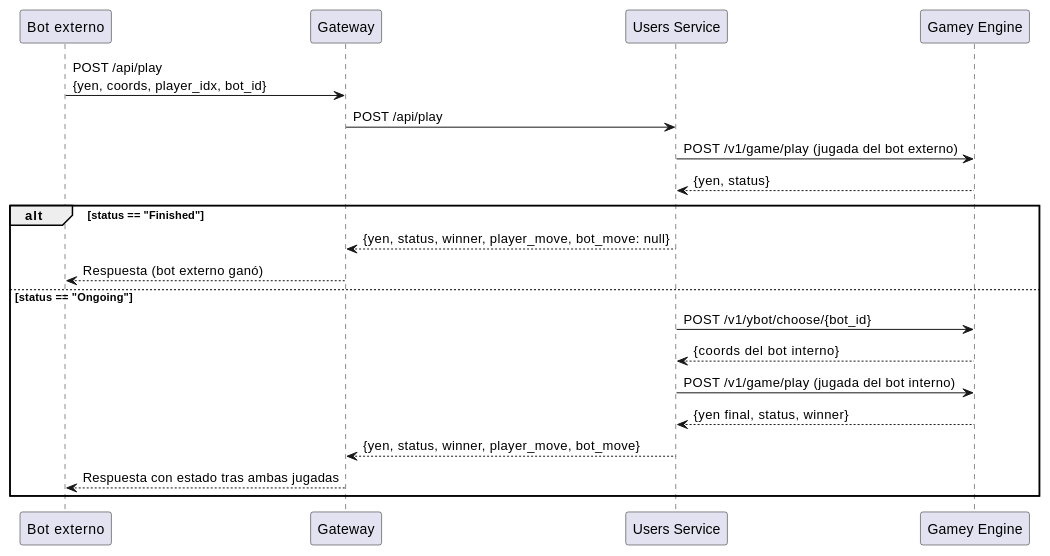
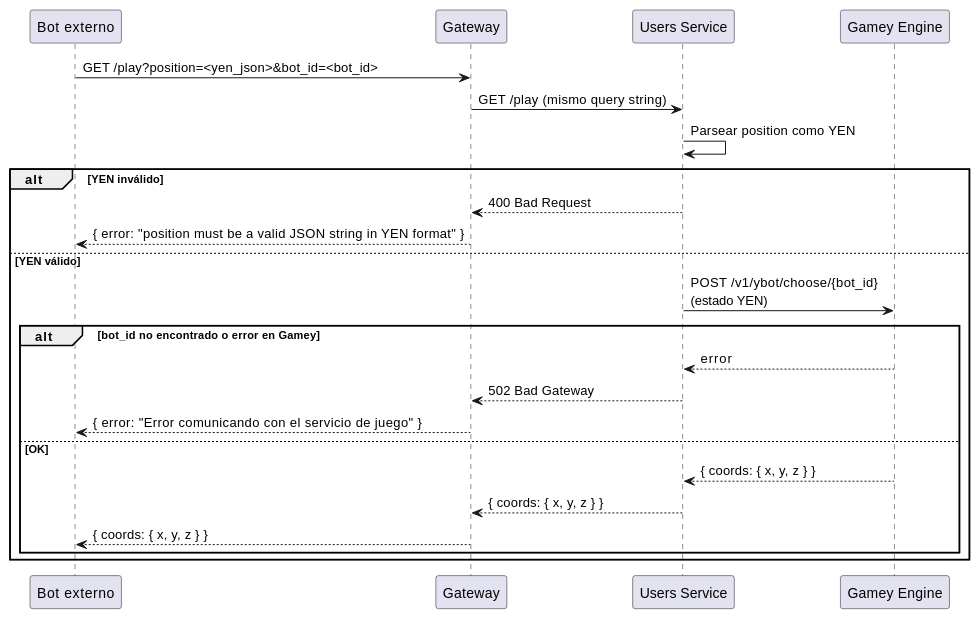
One commit to Arquisoft/yovi_es4c changed the eighth of 8 diagrams in docs/src/06_runtime_view.adoc. Above: the diagram before and after it, drawn with PlantUML. The commit also changed other lines of this file and 10 other files, not shown here.

```diff
--- a/docs/src/06_runtime_view.adoc
+++ b/docs/src/06_runtime_view.adoc
@@ -245,25 +245,27 @@
 [plantuml,"Bot vs Bot",png]
 ----
 participant "Bot externo" as Bot
 participant "Gateway" as GW
 participant "Users Service" as US
 participant "Gamey Engine" as Gamey
 
-Bot -> GW: POST /api/play\n{yen, coords, player_idx, bot_id}
-GW -> US: POST /api/play
+Bot -> GW: GET /play?position=<yen_json>&bot_id=<bot_id>
+GW -> US: GET /play (mismo query string)
 
-US -> Gamey: POST /v1/game/play (jugada del bot externo)
-Gamey --> US: {yen, status}
-
-alt status == "Finished"
-  US --> GW: {yen, status, winner, player_move, bot_move: null}
-  GW --> Bot: Respuesta (bot externo ganó)
-else status == "Ongoing"
-  US -> Gamey: POST /v1/ybot/choose/{bot_id}
-  Gamey --> US: {coords del bot interno}
-  US -> Gamey: POST /v1/game/play (jugada del bot interno)
-  Gamey --> US: {yen final, status, winner}
-  US --> GW: {yen, status, winner, player_move, bot_move}
-  GW --> Bot: Respuesta con estado tras ambas jugadas
+US -> US: Parsear position como YEN
+alt YEN inválido
+  US --> GW: 400 Bad Request
+  GW --> Bot: { error: "position must be a valid JSON string in YEN format" }
+else YEN válido
+  US -> Gamey: POST /v1/ybot/choose/{bot_id}\n(estado YEN)
+  alt bot_id no encontrado o error en Gamey
+    Gamey --> US: error
+    US --> GW: 502 Bad Gateway
+    GW --> Bot: { error: "Error comunicando con el servicio de juego" }
+  else OK
+    Gamey --> US: { coords: { x, y, z } }
+    US --> GW: { coords: { x, y, z } }
+    GW --> Bot: { coords: { x, y, z } }
+  end
 end
 ----
```
